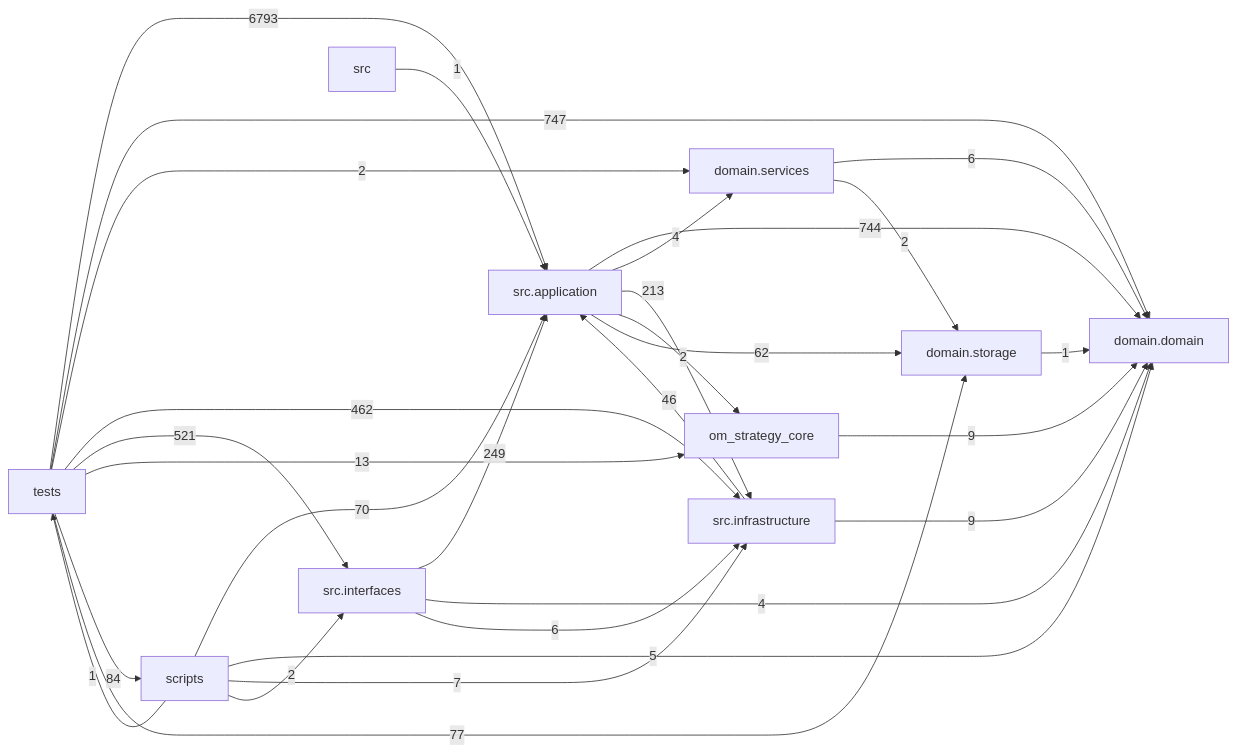
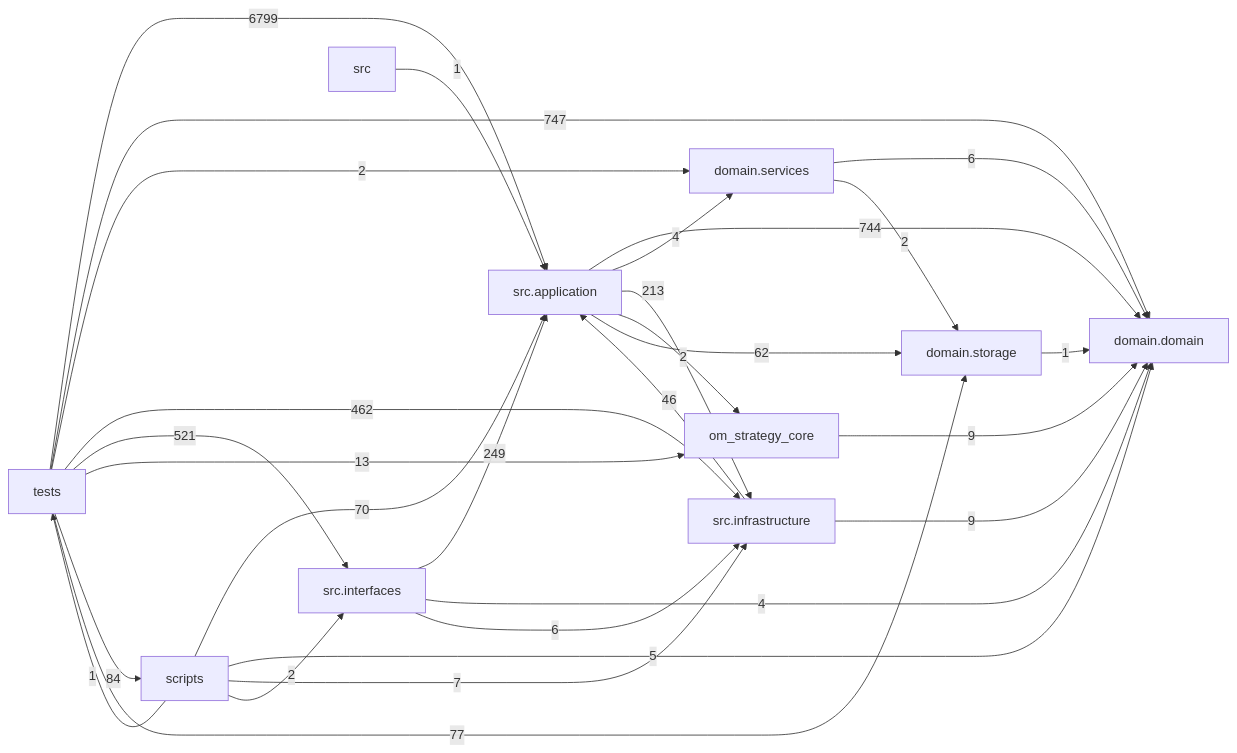
One commit to liuxie066/options-monitor changed the diagram in docs/DEPENDENCY_GRAPH.md. Above: the diagram before and after it, drawn with Mermaid. The commit also changed other lines of this file and 4 other files, not shown here.

````diff
--- a/docs/DEPENDENCY_GRAPH.md
+++ b/docs/DEPENDENCY_GRAPH.md
@@ -24,39 +24,39 @@
 ```mermaid
 flowchart LR
   tests["tests"]
   scripts["scripts"]
   interfaces["src.interfaces"]
   application["src.application"]
   infrastructure["src.infrastructure"]
   domain_services["domain.services"]
   domain["domain.domain"]
   storage["domain.storage"]
   application -->|744| domain
   application -->|4| domain_services
   application -->|213| infrastructure
   application -->|2| om_strategy_core
   application -->|62| storage
   domain_services -->|6| domain
   domain_services -->|2| storage
   infrastructure -->|46| application
   infrastructure -->|9| domain
   interfaces -->|249| application
   interfaces -->|4| domain
   interfaces -->|6| infrastructure
   om_strategy_core -->|9| domain
   scripts -->|70| application
   scripts -->|5| domain
   scripts -->|7| infrastructure
   scripts -->|2| interfaces
   scripts -->|1| tests
   src -->|1| application
   storage -->|1| domain
-  tests -->|6793| application
+  tests -->|6799| application
   tests -->|747| domain
   tests -->|2| domain_services
   tests -->|462| infrastructure
   tests -->|521| interfaces
   tests -->|13| om_strategy_core
   tests -->|84| scripts
   tests -->|77| storage
 ```
````
